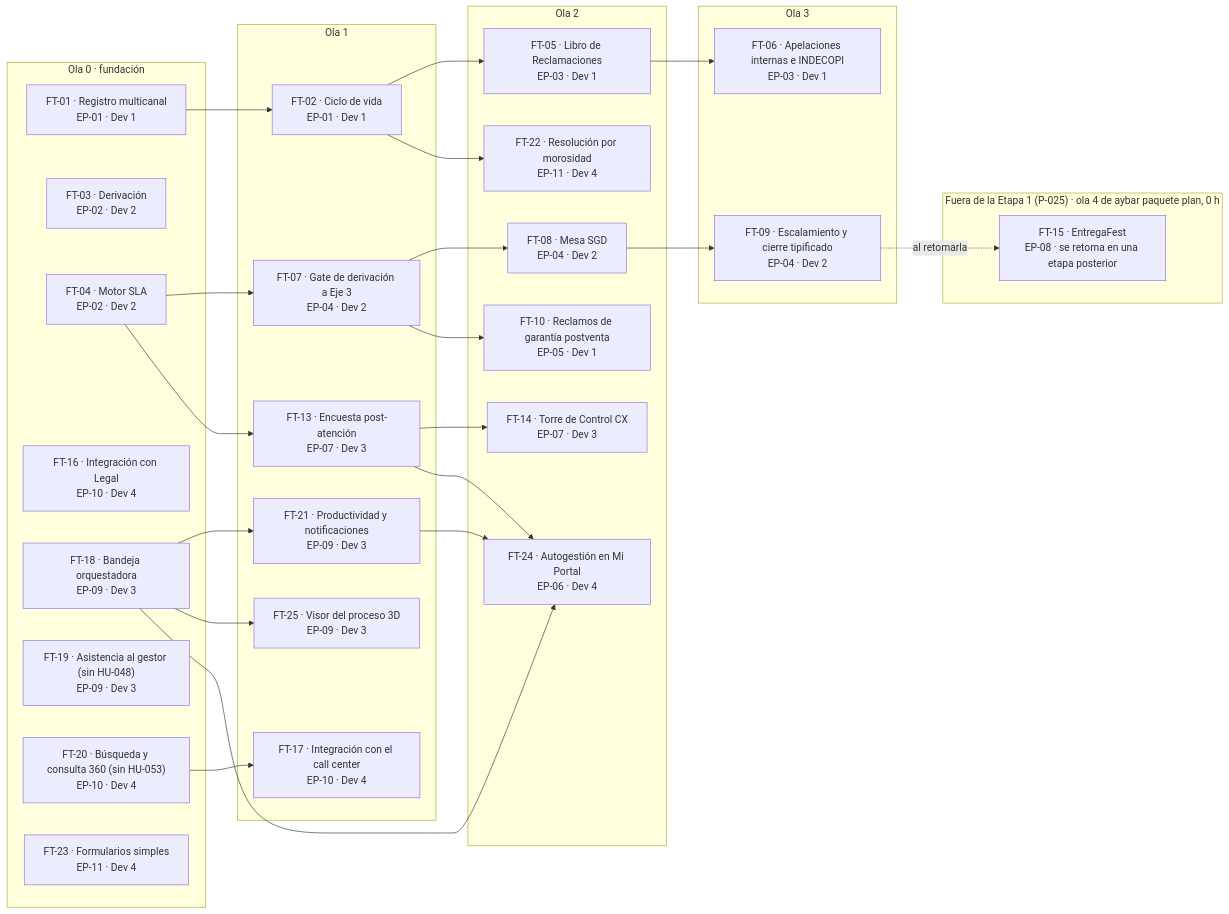
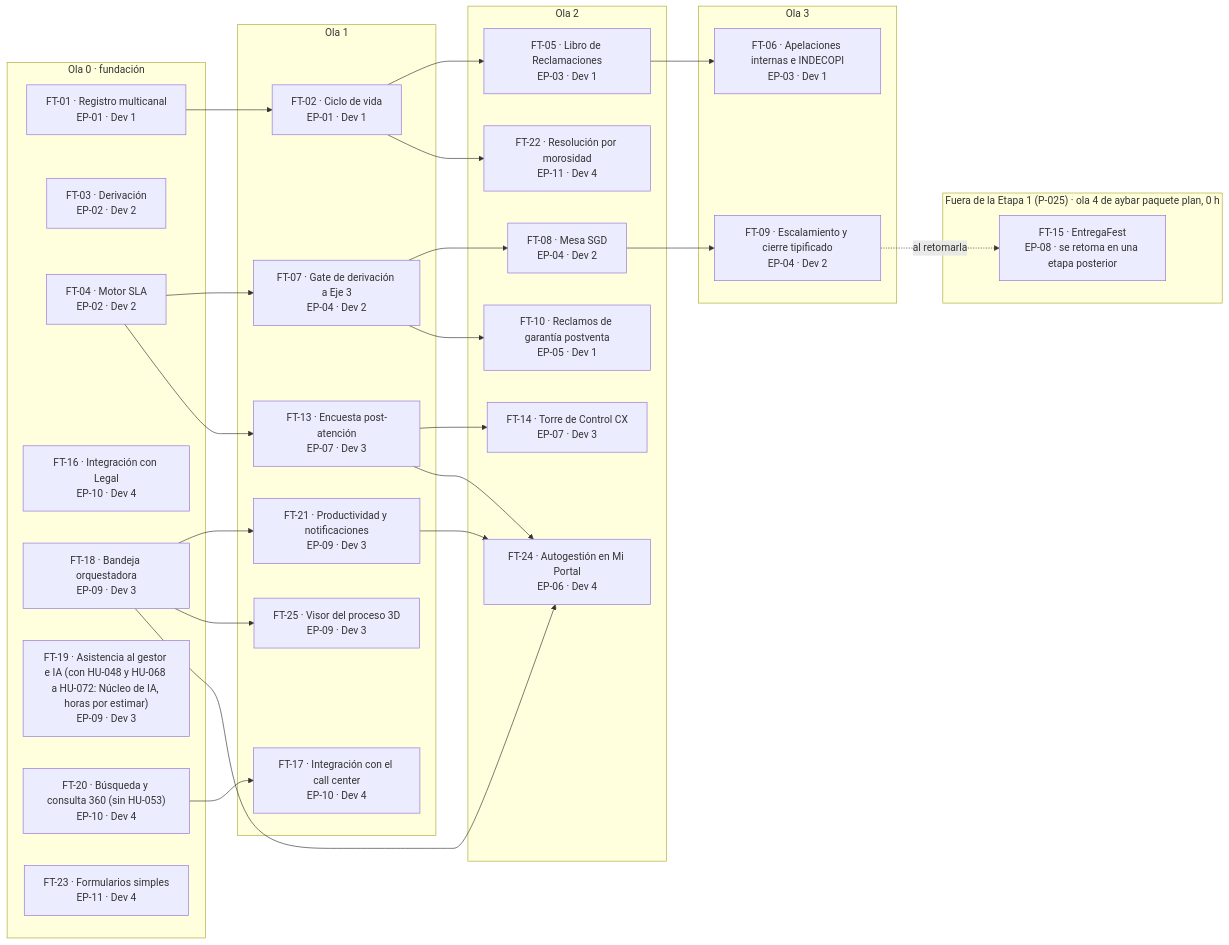
The diagram in docs/roadmap/olas-features.mmd (michel-poma-huachihuaco/tyc-mockup), drawn with Mermaid before and after one commit. The commit also changed 79 other files, not shown here.

```diff
--- a/docs/roadmap/olas-features.mmd
+++ b/docs/roadmap/olas-features.mmd
@@ -1,55 +1,56 @@
 flowchart LR
   subgraph O0["Ola 0 · fundación"]
     FTATC01["FT-01 · Registro multicanal<br/>EP-01 · Dev 1"]
     FTATC03["FT-03 · Derivación<br/>EP-02 · Dev 2"]
     FTATC04["FT-04 · Motor SLA<br/>EP-02 · Dev 2"]
     FTATC16["FT-16 · Integración con Legal<br/>EP-10 · Dev 4"]
     FTATC18["FT-18 · Bandeja orquestadora<br/>EP-09 · Dev 3"]
-    FTATC19["FT-19 · Asistencia al gestor (sin HU-048)<br/>EP-09 · Dev 3"]
+    FTATC19["FT-19 · Asistencia al gestor e IA (con HU-048 y HU-068 a HU-072: Núcleo de IA, horas por estimar)<br/>EP-09 · Dev 3"]
     FTATC20["FT-20 · Búsqueda y consulta 360 (sin HU-053)<br/>EP-10 · Dev 4"]
     FTATC23["FT-23 · Formularios simples<br/>EP-11 · Dev 4"]
   end
   subgraph O1["Ola 1"]
     FTATC02["FT-02 · Ciclo de vida<br/>EP-01 · Dev 1"]
     FTATC07["FT-07 · Gate de derivación a Eje 3<br/>EP-04 · Dev 2"]
     FTATC13["FT-13 · Encuesta post-atención<br/>EP-07 · Dev 3"]
     FTATC17["FT-17 · Integración con el call center<br/>EP-10 · Dev 4"]
     FTATC21["FT-21 · Productividad y notificaciones<br/>EP-09 · Dev 3"]
     FTATC25["FT-25 · Visor del proceso 3D<br/>EP-09 · Dev 3"]
   end
   subgraph O2["Ola 2"]
     FTATC05["FT-05 · Libro de Reclamaciones<br/>EP-03 · Dev 1"]
     FTATC08["FT-08 · Mesa SGD<br/>EP-04 · Dev 2"]
     FTATC10["FT-10 · Reclamos de garantía postventa<br/>EP-05 · Dev 1"]
     FTATC14["FT-14 · Torre de Control CX<br/>EP-07 · Dev 3"]
     FTATC22["FT-22 · Resolución por morosidad<br/>EP-11 · Dev 4"]
     FTATC24["FT-24 · Autogestión en Mi Portal<br/>EP-06 · Dev 4"]
   end
   subgraph O3["Ola 3"]
     FTATC06["FT-06 · Apelaciones internas e INDECOPI<br/>EP-03 · Dev 1"]
     FTATC09["FT-09 · Escalamiento y cierre tipificado<br/>EP-04 · Dev 2"]
   end
   subgraph O4["Fuera de la Etapa 1 (P-025) · ola 4 de aybar paquete plan, 0 h"]
     FTATC15["FT-15 · EntregaFest<br/>EP-08 · se retoma en una etapa posterior"]
   end
   FTATC01 --> FTATC02
   FTATC02 --> FTATC05
   FTATC05 --> FTATC06
   FTATC04 --> FTATC07
   FTATC07 --> FTATC08
   FTATC07 --> FTATC10
   FTATC08 --> FTATC09
   FTATC04 --> FTATC13
   FTATC13 --> FTATC14
   FTATC13 --> FTATC24
   FTATC09 -. al retomarla .-> FTATC15
   FTATC20 --> FTATC17
   FTATC18 --> FTATC21
   FTATC02 --> FTATC22
   FTATC18 --> FTATC25
   FTATC21 --> FTATC24
   FTATC18 --> FTATC24
-%% Olas de features de Aybar Atiende (plan v1.3, Etapa 1, tras P-025): 22 funcionalidades y 16 dependencias entre ellas en 4 olas (0 a 3); FT-15 queda fuera de la Etapa 1. aybar paquete plan da 5 olas (0 a 4), porque las primeras lecturas esperan al proyector de DT-02 (A-15), y pone FT-15 sola en la ola 5 con 0 h. Es el diagrama de analisis-dependencias.md §4.1; la diferencia con aybar paquete plan está en §4.3.
+%% Olas de features de Aybar Atiende (plan v1.3, Etapa 1, tras P-025 y, desde el 3-nov, con el Núcleo de IA en FT-19): 22 funcionalidades y 16 dependencias entre ellas en 4 olas (0 a 3); FT-15 queda fuera de la Etapa 1. aybar paquete plan da 5 olas (0 a 4), porque las primeras lecturas esperan al proyector de DT-02 (A-15), y pone FT-15 sola en la ola 5 con 0 h. Es el diagrama de analisis-dependencias.md §4.1; la diferencia con aybar paquete plan está en §4.3.
 %% Antes: 15 vinculos entre features en 5 olas (el de analisis-dependencias.md v0.2 a v0.4), sin historial propio.
 %% 0.2 · 2026-10-26 · Brayan Hurtado, con IA (Claude) · 17 vinculos: FT-07 → FT-10 (HU-026 → HU-036, PLT-04) y FT-13 → FT-24 (HU-019 → HU-066, PLT-04); FT-10 pasa de la ola 0 a la 2. — Revisado por: (pendiente)
 %% 0.3 · 2026-10-26 · Brayan Hurtado, con IA (Claude) · P-025 decidida por el equipo (`analisis/decisiones.md` v0.8): FT-15 pasa a «Fuera de la Etapa 1» (ola 4 del plan, 0 h) y su vínculo con FT-09 queda punteado «al retomarla»; FT-19 sin HU-048 y FT-20 sin HU-053; FT-20 → FT-17 sigue por HU-052 → HU-042. 16 vínculos y 4 olas en la Etapa 1. — Revisado por: (pendiente)
+%% 0.4 · 2026-11-03 · Jesús Chávez Elías, con IA (Claude) · El Núcleo de IA entra en la Etapa 1 (ED-29; ADR-007 v0.9): FT-19 pasa a incluir HU-048 (reescrita) y HU-068 a HU-072 (propuestas, horas por estimar por el equipo; R-01 riesgo crítico para el PO). No se dibujan vínculos nuevos: HU-068 a HU-072 dependen de HU-048 (misma feature) y de HU-001, HU-004, HU-007, HU-043 y HU-050 (por recalcular qué features las contienen y si FT-19 sigue en la ola 0 con `aybar paquete plan`). El conteo de 22 funcionalidades y 16 vínculos es el del 26-oct. — Revisado por: (pendiente)
```
